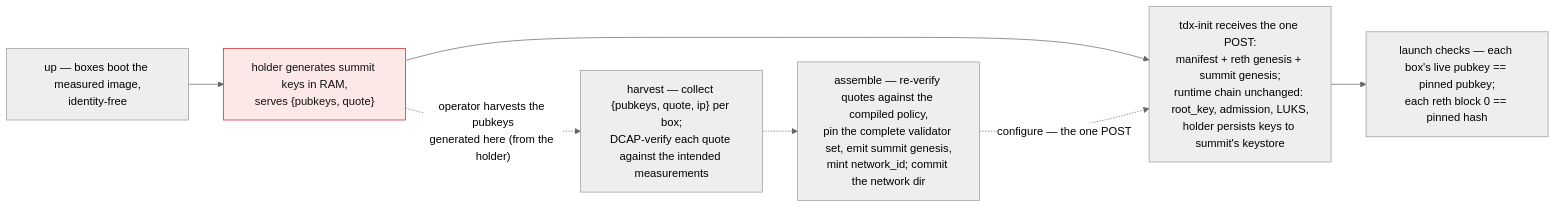
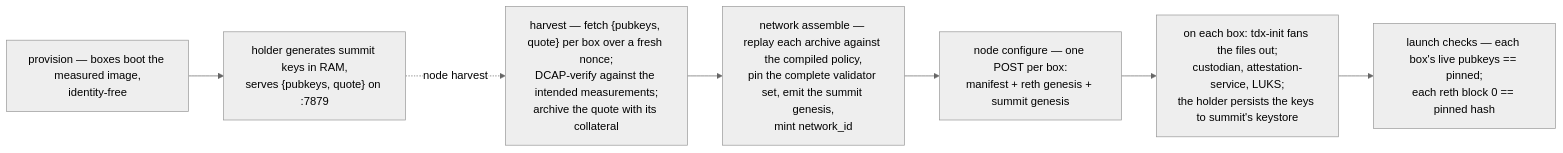
The first of 3 diagrams in docs/tee/network-founding.md (HusseinAdeiza/seismic), drawn with Mermaid (neutral theme) before and after one commit. The commit also changed other lines of this file and 5 other files, not shown here.

````diff
--- a/docs/tee/network-founding.md
+++ b/docs/tee/network-founding.md
@@ -100,12 +48,11 @@
 ```mermaid
 flowchart LR
-    U["up — boxes boot the measured image,<br/>identity-free"] --> K
-    K["holder generates summit keys in RAM,<br/>serves {pubkeys, quote}"] --> T
-    T["tdx-init receives the one POST:<br/>manifest + reth genesis + summit genesis;<br/>runtime chain unchanged: root_key, admission, LUKS,<br/>holder persists keys to summit's keystore"] --> LC
-    LC["launch checks — each box's live pubkey == pinned pubkey;<br/>each reth block 0 == pinned hash"]
-    K -. "operator harvests the pubkeys<br/>generated here (from the holder)" .-> H
-    H["harvest — collect {pubkeys, quote, ip} per box;<br/>DCAP-verify each quote against the intended measurements"] -.-> A
-    A["assemble — re-verify quotes against the compiled policy,<br/>pin the complete validator set, emit summit genesis,<br/>mint network_id; commit the network dir"] -. "configure — the one POST" .-> T
-    classDef moves fill:#fde8e8,stroke:#c81e1e,color:#111;
-    class K moves;
+    U["provision — boxes boot the measured image,<br/>identity-free"] --> K
+    K["holder generates summit keys in RAM,<br/>serves {pubkeys, quote} on :7879"]
+    K -. "node harvest" .-> H
+    H["harvest — fetch {pubkeys, quote} per box over a fresh nonce;<br/>DCAP-verify against the intended measurements;<br/>archive the quote with its collateral"] --> A
+    A["network assemble — replay each archive against the compiled policy,<br/>pin the complete validator set, emit the summit genesis,<br/>mint network_id"] --> C
+    C["node configure — one POST per box:<br/>manifest + reth genesis + summit genesis"] --> T
+    T["on each box: tdx-init fans the files out;<br/>custodian, attestation-service, LUKS;<br/>the holder persists the keys to summit's keystore"] --> LC
+    LC["launch checks — each box's live pubkeys == pinned;<br/>each reth block 0 == pinned hash"]
 ```
````
